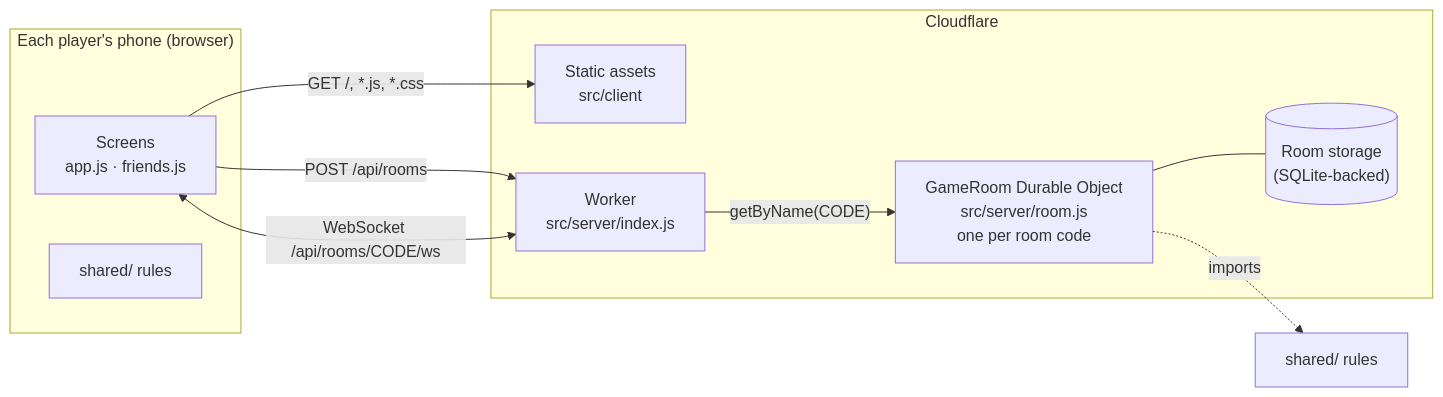
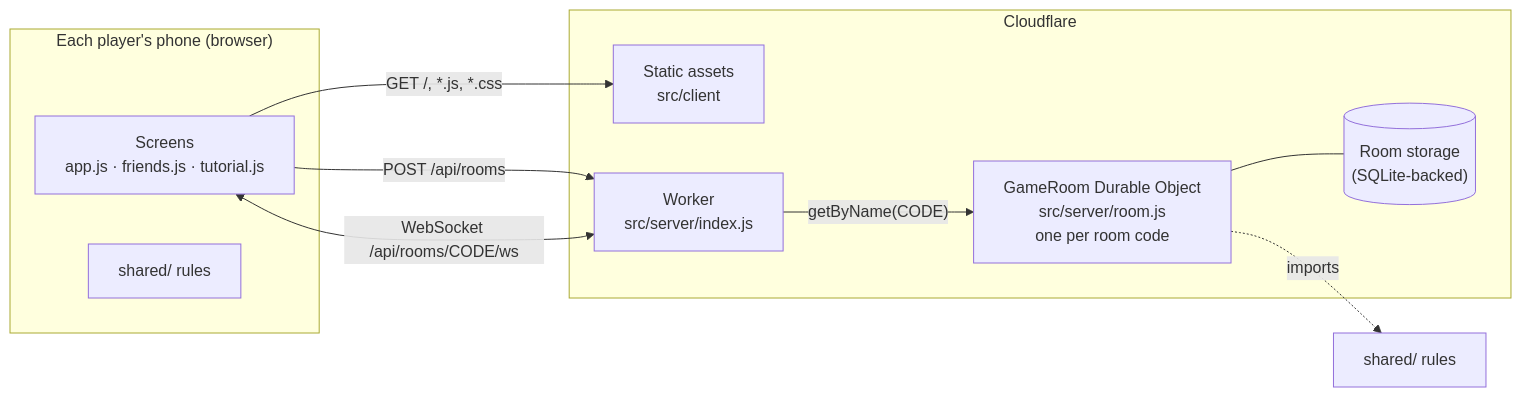
The diagram in README.md (Vee1234/SymbolMatch), drawn with Mermaid before and after one commit. The commit also changed other lines of this file and 4 other files, not shown here.

````diff
--- a/README.md
+++ b/README.md
@@ -94,19 +96,19 @@
 ```mermaid
 flowchart LR
   subgraph phone["Each player's phone (browser)"]
-    UI["Screens<br/>app.js · friends.js"]
+    UI["Screens<br/>app.js · friends.js · tutorial.js"]
     SharedC["shared/ rules"]
   end
   subgraph cf["Cloudflare"]
     Assets["Static assets<br/>src/client"]
     Worker["Worker<br/>src/server/index.js"]
     Room["GameRoom Durable Object<br/>src/server/room.js<br/>one per room code"]
     Storage[("Room storage<br/>(SQLite-backed)")]
   end
   UI -- "GET /, *.js, *.css" --> Assets
   UI -- "POST /api/rooms" --> Worker
   UI <-- "WebSocket /api/rooms/CODE/ws" --> Worker
   Worker -- "getByName(CODE)" --> Room
   Room --- Storage
   Room -. imports .-> SharedS["shared/ rules"]
 ```
````
